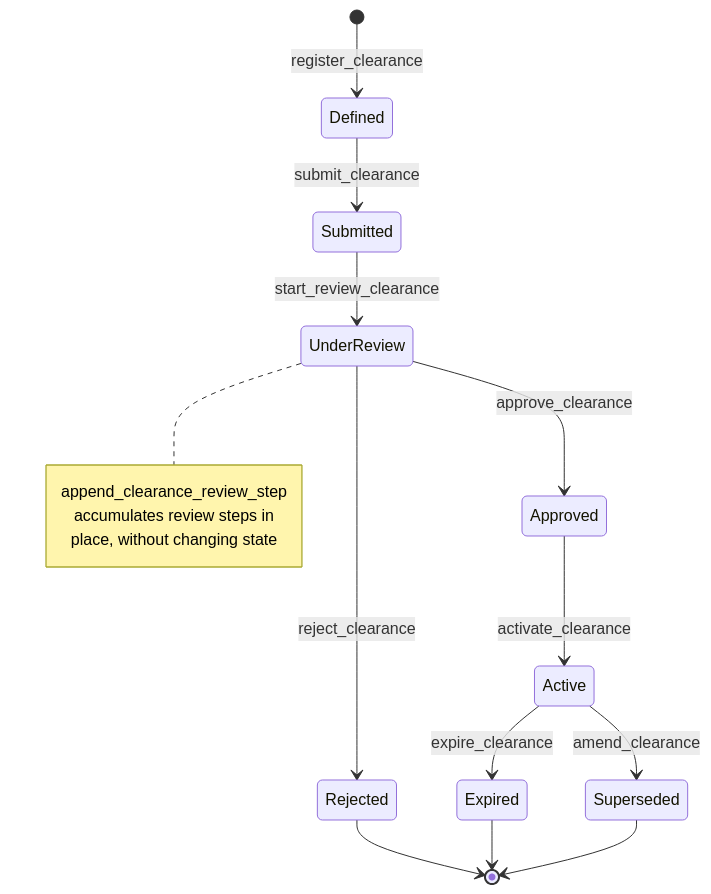
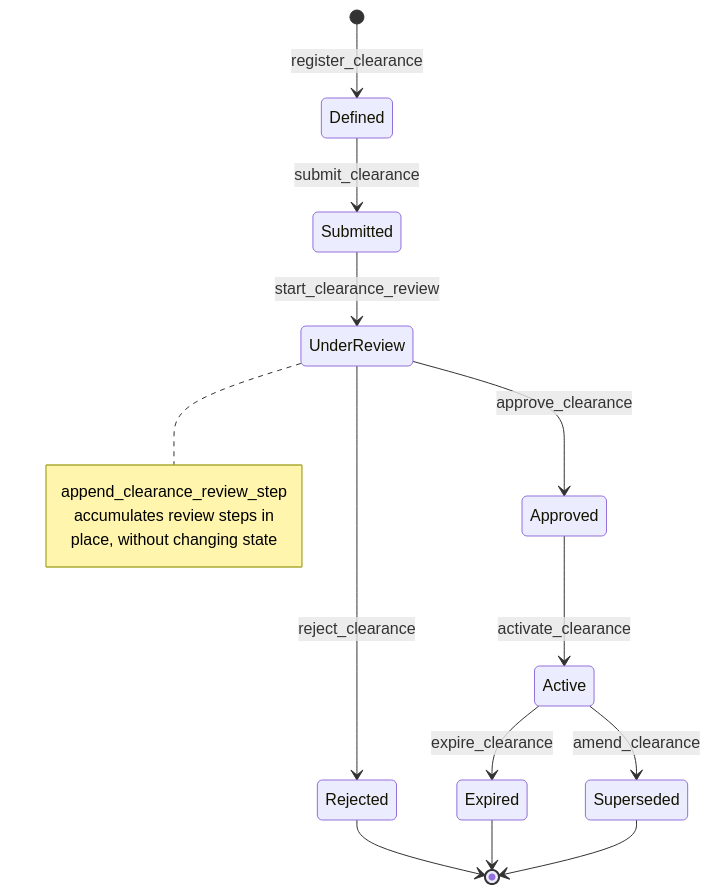
The diagram in docs/architecture/modules/safety/index.md (mittoalb/cora), drawn with Mermaid before and after one commit. The commit also changed other lines of this file and 28 other files, not shown here.

````diff
--- a/docs/architecture/modules/safety/index.md
+++ b/docs/architecture/modules/safety/index.md
@@ -54,20 +54,20 @@
 ```mermaid
 stateDiagram-v2
     [*] --> Defined: register_clearance
     Defined --> Submitted: submit_clearance
-    Submitted --> UnderReview: start_review_clearance
+    Submitted --> UnderReview: start_clearance_review
     UnderReview --> Approved: approve_clearance
     UnderReview --> Rejected: reject_clearance
     Approved --> Active: activate_clearance
     Active --> Expired: expire_clearance
     Active --> Superseded: amend_clearance
     Rejected --> [*]
     Expired --> [*]
     Superseded --> [*]
 
     note right of UnderReview
         append_clearance_review_step
         accumulates review steps in
         place, without changing state
     end note
 ```
````
